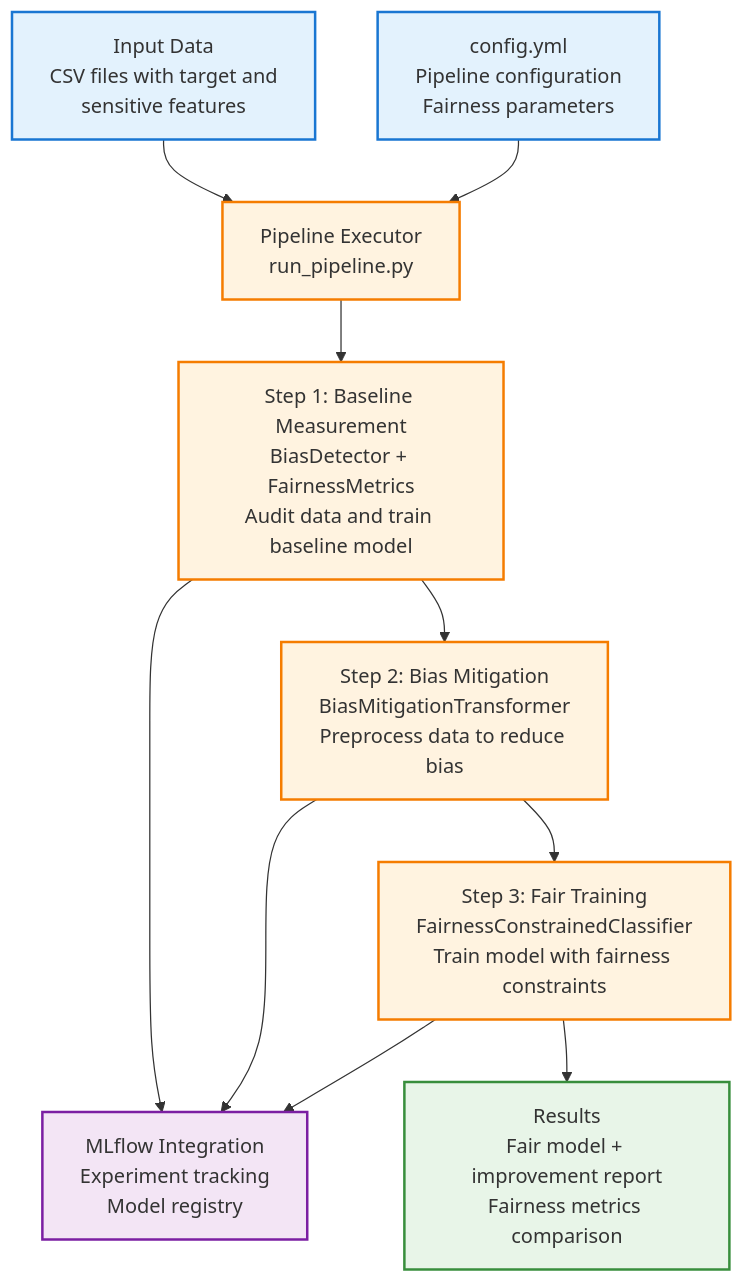
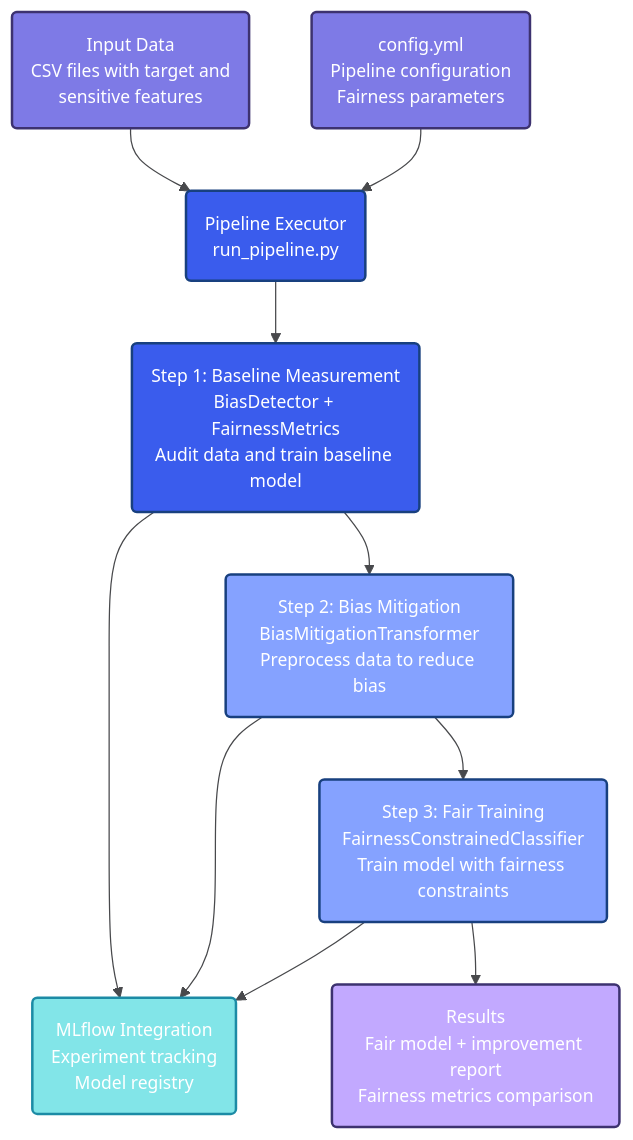
One commit to vytautas-bunevicius/fairness-pipeline-toolkit changed the first of 2 diagrams in README.md. Above: the diagram before and after it, drawn with Mermaid. The commit also changed other lines of this file and 12 other files, not shown here.

````diff
--- a/README.md
+++ b/README.md
@@ -56,42 +56,39 @@
 ```mermaid
+%%{init: {'theme': 'base', 'themeVariables': { 'fontFamily': 'Gordita, Figtree, sans-serif', 'primaryColor': '#B8CCF4', 'primaryTextColor': '#1A1E21', 'lineColor': '#48494C', 'fontSize': '14px'}}}%%
 flowchart TD
     %% Input Layer
-    DATA["Input Data<br/>CSV files with target and<br/>sensitive features"]
-    CONFIG["config.yml<br/>Pipeline configuration<br/>Fairness parameters"]
+    DATA("Input Data<br/>CSV files with target and<br/>sensitive features"):::prepStyle
+    CONFIG("config.yml<br/>Pipeline configuration<br/>Fairness parameters"):::prepStyle
     
     %% Orchestration
-    EXECUTOR["Pipeline Executor<br/>run_pipeline.py"]
+    EXECUTOR("Pipeline Executor<br/>run_pipeline.py"):::analysisStyle
     
     %% Three-Step Process
-    STEP1["Step 1: Baseline Measurement<br/>BiasDetector + FairnessMetrics<br/>Audit data and train baseline model"]
-    STEP2["Step 2: Bias Mitigation<br/>BiasMitigationTransformer<br/>Preprocess data to reduce bias"]
-    STEP3["Step 3: Fair Training<br/>FairnessConstrainedClassifier<br/>Train model with fairness constraints"]
+    STEP1("Step 1: Baseline Measurement<br/>BiasDetector + FairnessMetrics<br/>Audit data and train baseline model"):::analysisStyle
+    STEP2("Step 2: Bias Mitigation<br/>BiasMitigationTransformer<br/>Preprocess data to reduce bias"):::decisionStyle
+    STEP3("Step 3: Fair Training<br/>FairnessConstrainedClassifier<br/>Train model with fairness constraints"):::decisionStyle
     
     %% Integration
-    MLFLOW["MLflow Integration<br/>Experiment tracking<br/>Model registry"]
+    MLFLOW("MLflow Integration<br/>Experiment tracking<br/>Model registry"):::validationStyle
     
     %% Output
-    RESULTS["Results<br/>Fair model + improvement report<br/>Fairness metrics comparison"]
+    RESULTS("Results<br/>Fair model + improvement report<br/>Fairness metrics comparison"):::documentationStyle
     
     %% Flow
     DATA --> EXECUTOR
     CONFIG --> EXECUTOR
     EXECUTOR --> STEP1
     STEP1 --> STEP2
     STEP2 --> STEP3
     STEP1 --> MLFLOW
     STEP2 --> MLFLOW
     STEP3 --> MLFLOW
     STEP3 --> RESULTS
     
     %% Styling
-    classDef input fill:#E3F2FD,stroke:#1976D2,stroke-width:2px
-    classDef process fill:#FFF3E0,stroke:#F57C00,stroke-width:2px
-    classDef integration fill:#F3E5F5,stroke:#7B1FA2,stroke-width:2px
-    classDef output fill:#E8F5E8,stroke:#388E3C,stroke-width:2px
-    
-    class DATA,CONFIG input
-    class EXECUTOR,STEP1,STEP2,STEP3 process
-    class MLFLOW integration
-    class RESULTS output
+    classDef prepStyle fill:#7E7AE6,stroke:#3D3270,stroke-width:2px,color:#FFFFFF,rx:4,ry:4
+    classDef analysisStyle fill:#3A5CED,stroke:#18407F,stroke-width:2px,color:#FFFFFF,rx:4,ry:4
+    classDef decisionStyle fill:#85A2FF,stroke:#18407F,stroke-width:2px,color:#FFFFFF,rx:4,ry:4
+    classDef validationStyle fill:#82E5E8,stroke:#1C8BA5,stroke-width:2px,color:#FFFFFF,rx:4,ry:4
+    classDef documentationStyle fill:#C2A9FF,stroke:#3D3270,stroke-width:2px,color:#FFFFFF,rx:4,ry:4
 ```
````
